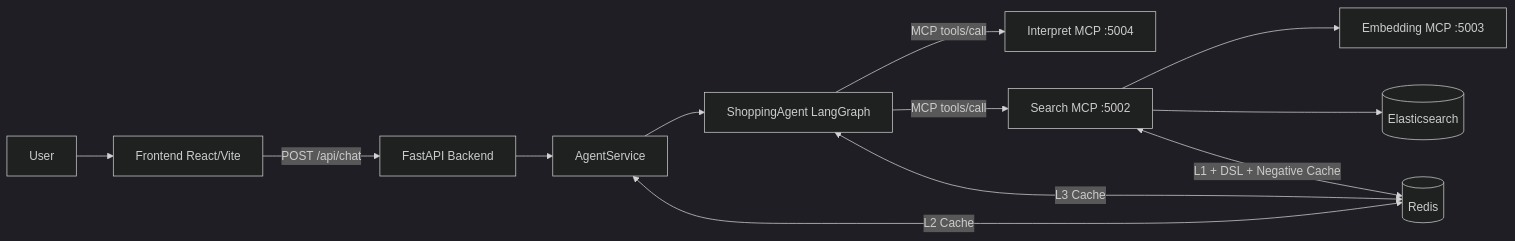
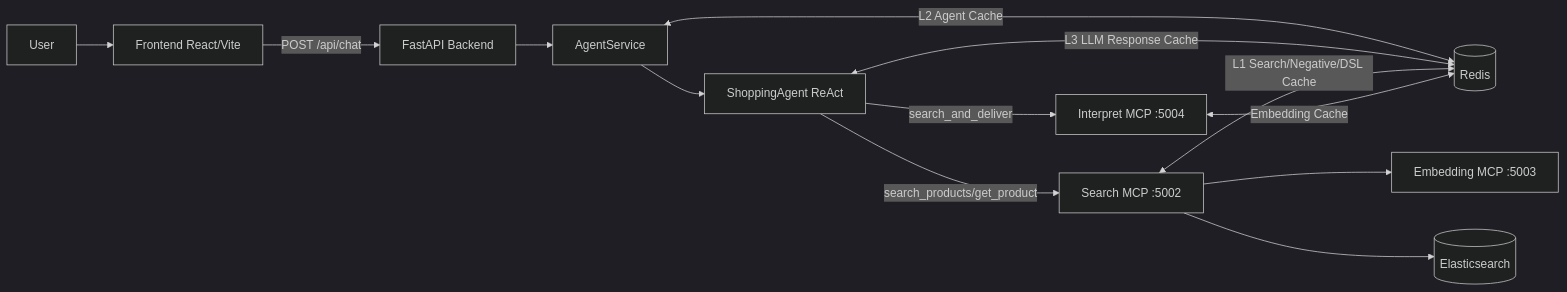
Before and after one commit to 11linear11/ShoppingAiAssistant: the diagram in README.md, drawn with Mermaid (dark theme). The commit also changed other lines of this file and 10 other files, not shown here.

Commit message:
Rewrite full project docs with updated architecture schematics

````diff
--- a/README.md
+++ b/README.md
@@ -13,16 +13,17 @@
 ```mermaid
 flowchart LR
   U[User] --> FE[Frontend React/Vite]
   FE -->|POST /api/chat| BE[FastAPI Backend]
   BE --> AS[AgentService]
-  AS --> AG[ShoppingAgent LangGraph]
+  AS --> AG[ShoppingAgent ReAct]
 
-  AG -->|MCP tools/call| INTP[Interpret MCP :5004]
-  AG -->|MCP tools/call| SRCH[Search MCP :5002]
+  AG -->|search_and_deliver| INTP[Interpret MCP :5004]
+  AG -->|search_products/get_product| SRCH[Search MCP :5002]
   SRCH --> EMB[Embedding MCP :5003]
 
-  AS <-->|L2 Cache| REDIS[(Redis)]
-  AG <-->|L3 Cache| REDIS
-  SRCH <-->|L1 + DSL + Negative Cache| REDIS
+  AS <-->|L2 Agent Cache| R[(Redis)]
+  AG <-->|L3 LLM Response Cache| R
+  SRCH <-->|L1 Search/Negative/DSL Cache| R
+  INTP <-->|Embedding Cache| R
   SRCH --> ES[(Elasticsearch)]
 ```
````
